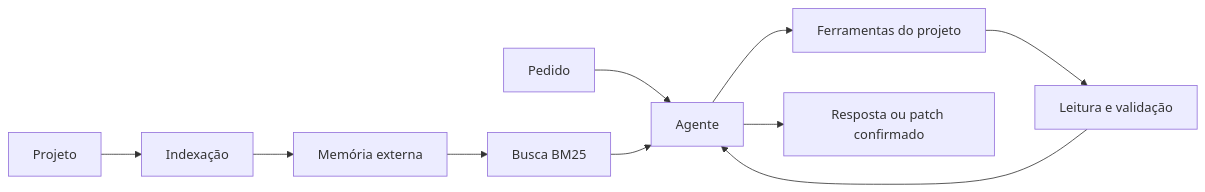
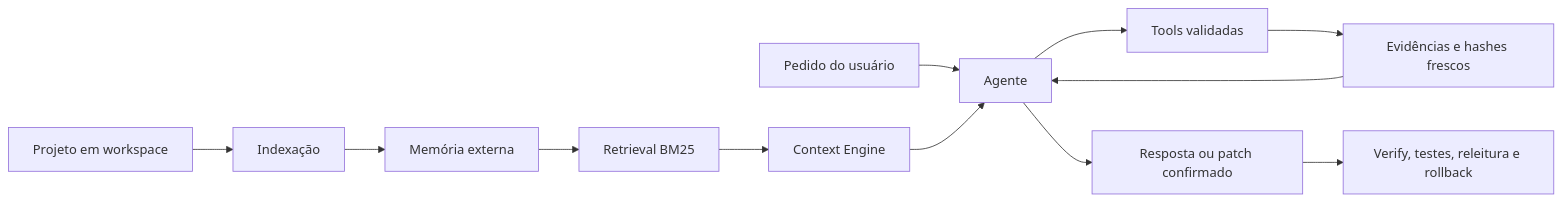
The diagram in README.pt-BR.md (rafaelzaydh-jpg/eyle), drawn with Mermaid before and after one commit. The commit also changed other lines of this file and 43 other files, not shown here.

````diff
--- a/README.pt-BR.md
+++ b/README.pt-BR.md
@@ -48,12 +69,14 @@
 ```mermaid
 flowchart LR
-  A[Projeto] --> B[Indexação]
+  A[Projeto em workspace] --> B[Indexação]
   B --> C[Memória externa]
-  D[Pedido] --> E[Agente]
-  C --> F[Busca BM25]
-  F --> E
-  E --> G[Ferramentas do projeto]
-  G --> H[Leitura e validação]
-  H --> E
-  E --> I[Resposta ou patch confirmado]
+  D[Pedido do usuário] --> E[Agente]
+  C --> F[Retrieval BM25]
+  F --> G[Context Engine]
+  G --> E
+  E --> H[Tools validadas]
+  H --> I[Evidências e hashes frescos]
+  I --> E
+  E --> J[Resposta ou patch confirmado]
+  J --> K[Verify, testes, releitura e rollback]
 ```
````
